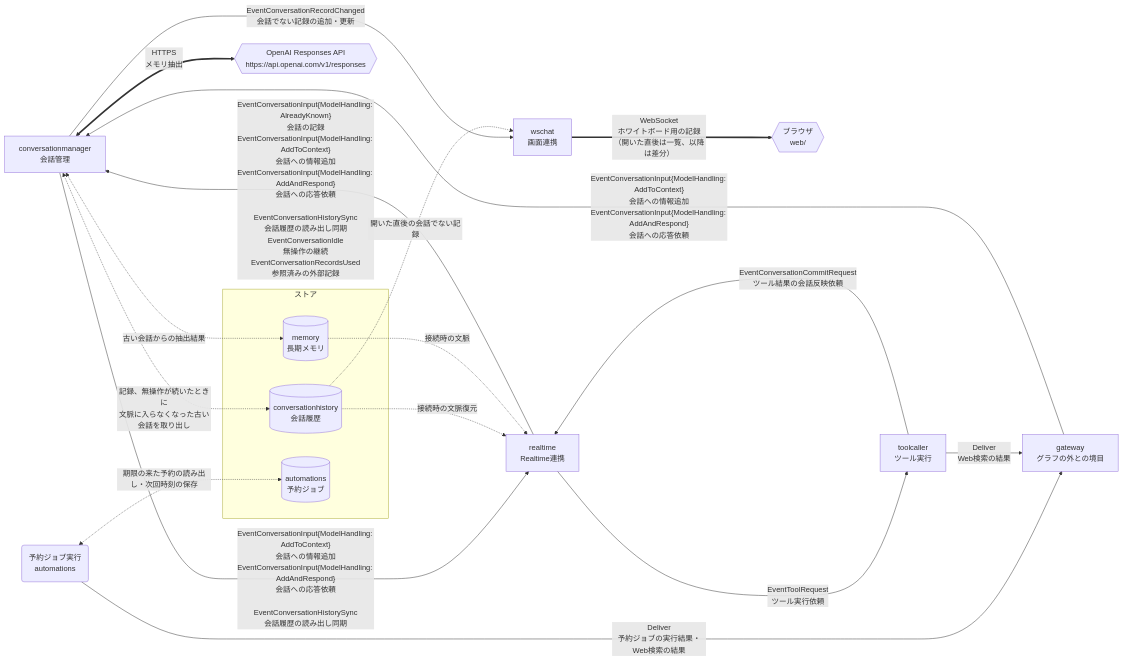
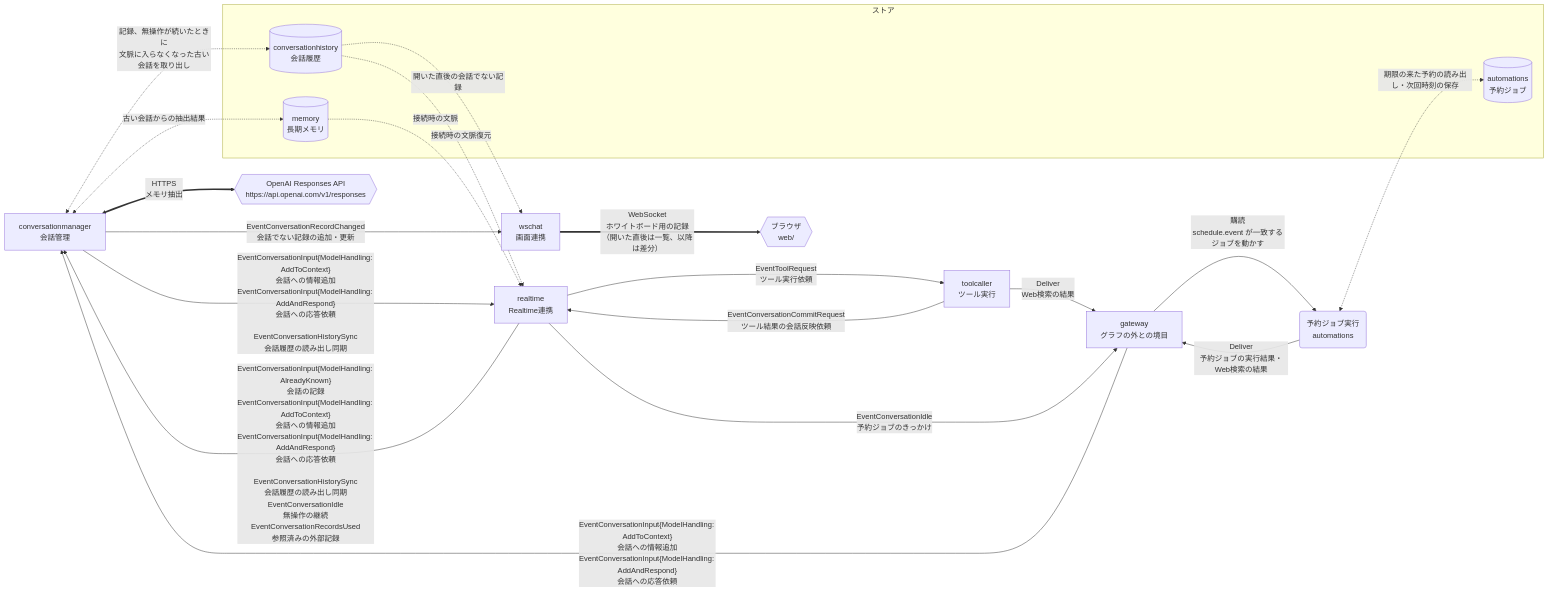
The second of 3 diagrams in README.md (tetetratra/smart-speaker), drawn with Mermaid before and after one commit. The commit also changed other lines of this file and 10 other files, not shown here.

````diff
--- a/README.md
+++ b/README.md
@@ -120,34 +120,36 @@
 ```mermaid
 flowchart LR
     manager["conversationmanager<br/>会話管理"]
     openaiResponses{{"OpenAI Responses API<br/>https://api.openai.com/v1/responses"}}
     rt["realtime<br/>Realtime連携"]
     tool["toolcaller<br/>ツール実行"]
     scheduler("予約ジョブ実行<br/>automations")
     gateway["gateway<br/>グラフの外との境目"]
     chat["wschat<br/>画面連携"]
     browser{{"ブラウザ<br/>web/"}}
 
     subgraph g0["ストア"]
         historyStore[("conversationhistory<br/>会話履歴")]
         memoryStore[("memory<br/>長期メモリ")]
         automationStore[("automations<br/>予約ジョブ")]
     end
 
     manager <==>|"HTTPS<br/>メモリ抽出"| openaiResponses
     rt -->|"EventConversationInput{ModelHandling: AlreadyKnown}<br/>会話の記録<br/>EventConversationInput{ModelHandling: AddToContext}<br/>会話への情報追加<br/>EventConversationInput{ModelHandling: AddAndRespond}<br/>会話への応答依頼<br/><br/>EventConversationHistorySync<br/>会話履歴の読み出し同期<br/>EventConversationIdle<br/>無操作の継続<br/>EventConversationRecordsUsed<br/>参照済みの外部記録"| manager
     manager --->|"EventConversationInput{ModelHandling: AddToContext}<br/>会話への情報追加<br/>EventConversationInput{ModelHandling: AddAndRespond}<br/>会話への応答依頼<br/><br/>EventConversationHistorySync<br/>会話履歴の読み出し同期"| rt
     rt -->|"EventToolRequest<br/>ツール実行依頼"| tool
     tool --->|"EventConversationCommitRequest<br/>ツール結果の会話反映依頼"| rt
     scheduler -->|"Deliver<br/>予約ジョブの実行結果・Web検索の結果"| gateway
     tool -->|"Deliver<br/>Web検索の結果"| gateway
     gateway -->|"EventConversationInput{ModelHandling: AddToContext}<br/>会話への情報追加<br/>EventConversationInput{ModelHandling: AddAndRespond}<br/>会話への応答依頼"| manager
+    rt -->|"EventConversationIdle<br/>予約ジョブのきっかけ"| gateway
+    gateway -->|"購読<br/>schedule.event が一致するジョブを動かす"| scheduler
     manager <-.->|"記録、無操作が続いたときに<br/>文脈に入らなくなった古い会話を取り出し"| historyStore
     historyStore -.->|"接続時の文脈復元"| rt
     memoryStore -.->|"接続時の文脈"| rt
     manager <-.->|"古い会話からの抽出結果"| memoryStore
     manager -->|"EventConversationRecordChanged<br/>会話でない記録の追加・更新"| chat
     historyStore -.->|"開いた直後の会話でない記録"| chat
     chat ==>|"WebSocket<br/>ホワイトボード用の記録（開いた直後は一覧、以降は差分）"| browser
     scheduler <-.->|"期限の来た予約の読み出し・次回時刻の保存"| automationStore
 ```
````
